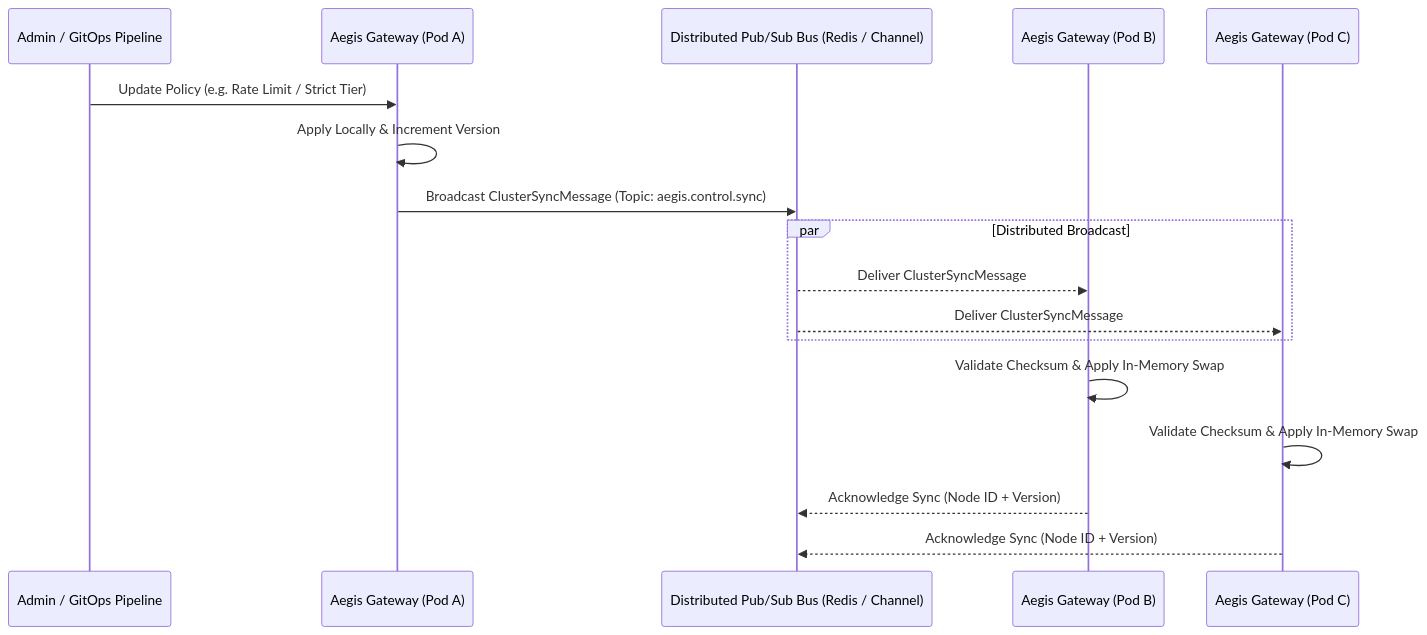
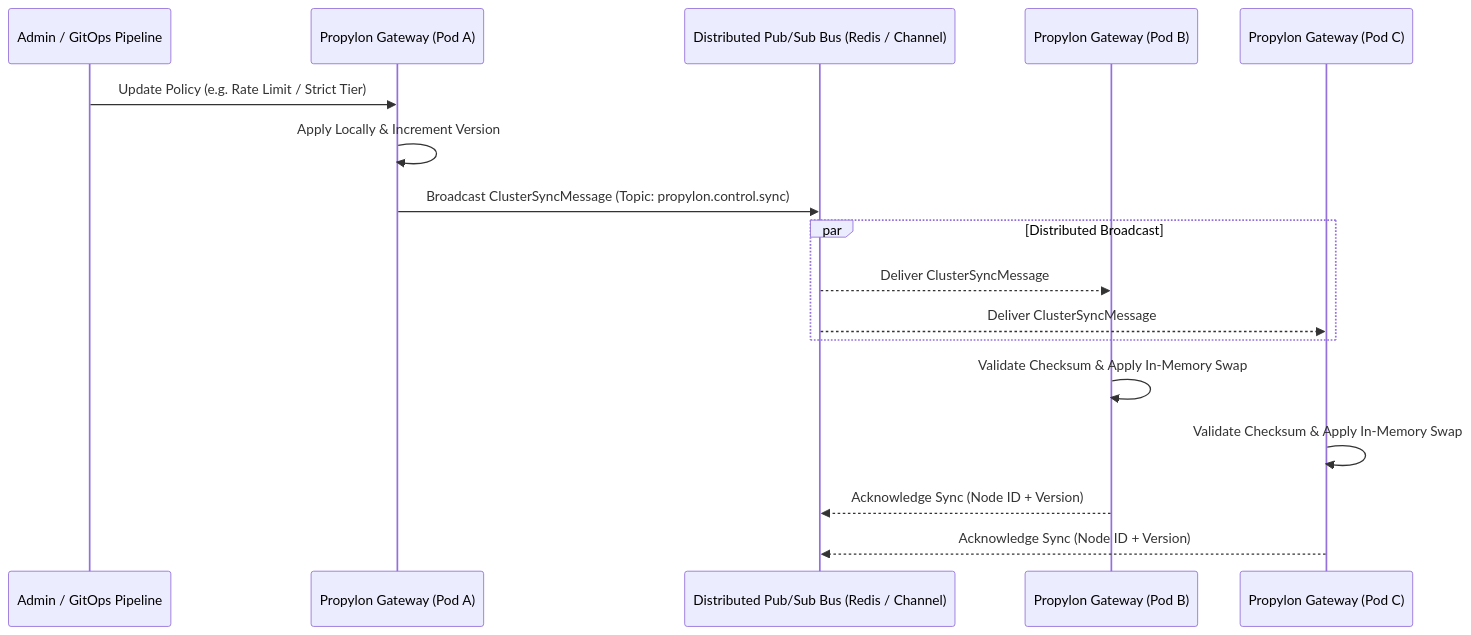
The diagram in docs/roadmap/28_PHASE_28_DISTRIBUTED_CLUSTER_SYNC_AND_PUBSUB_CONTROL_BUS.md (ihkaru/aegis-gateway), drawn with Mermaid before and after one commit. The commit also changed other lines of this file and 253 other files, not shown here.

Commit message:
chore(rebrand): rename project from aegis to propylon across entire codebase

````diff
--- a/docs/roadmap/28_PHASE_28_DISTRIBUTED_CLUSTER_SYNC_AND_PUBSUB_CONTROL_BUS.md
+++ b/docs/roadmap/28_PHASE_28_DISTRIBUTED_CLUSTER_SYNC_AND_PUBSUB_CONTROL_BUS.md
@@ -23,20 +23,20 @@
 ```mermaid
 sequenceDiagram
     participant Admin as Admin / GitOps Pipeline
-    participant NodeA as Aegis Gateway (Pod A)
+    participant NodeA as Propylon Gateway (Pod A)
     participant Bus as Distributed Pub/Sub Bus (Redis / Channel)
-    participant NodeB as Aegis Gateway (Pod B)
-    participant NodeC as Aegis Gateway (Pod C)
+    participant NodeB as Propylon Gateway (Pod B)
+    participant NodeC as Propylon Gateway (Pod C)
 
     Admin->>NodeA: Update Policy (e.g. Rate Limit / Strict Tier)
     NodeA->>NodeA: Apply Locally & Increment Version
-    NodeA->>Bus: Broadcast ClusterSyncMessage (Topic: aegis.control.sync)
+    NodeA->>Bus: Broadcast ClusterSyncMessage (Topic: propylon.control.sync)
     par Distributed Broadcast
         Bus-->>NodeB: Deliver ClusterSyncMessage
         Bus-->>NodeC: Deliver ClusterSyncMessage
     end
     NodeB->>NodeB: Validate Checksum & Apply In-Memory Swap
     NodeC->>NodeC: Validate Checksum & Apply In-Memory Swap
     NodeB-->>Bus: Acknowledge Sync (Node ID + Version)
     NodeC-->>Bus: Acknowledge Sync (Node ID + Version)
 ```
````
